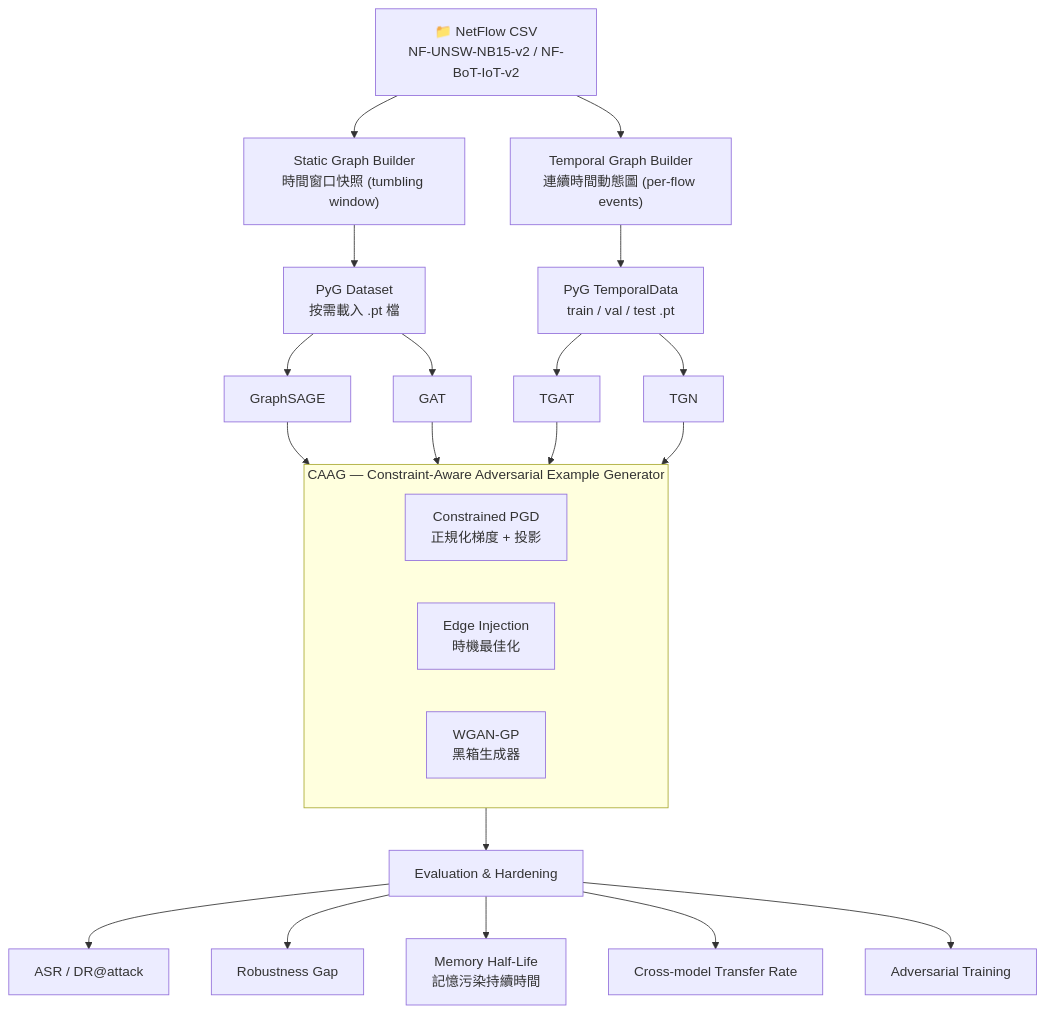
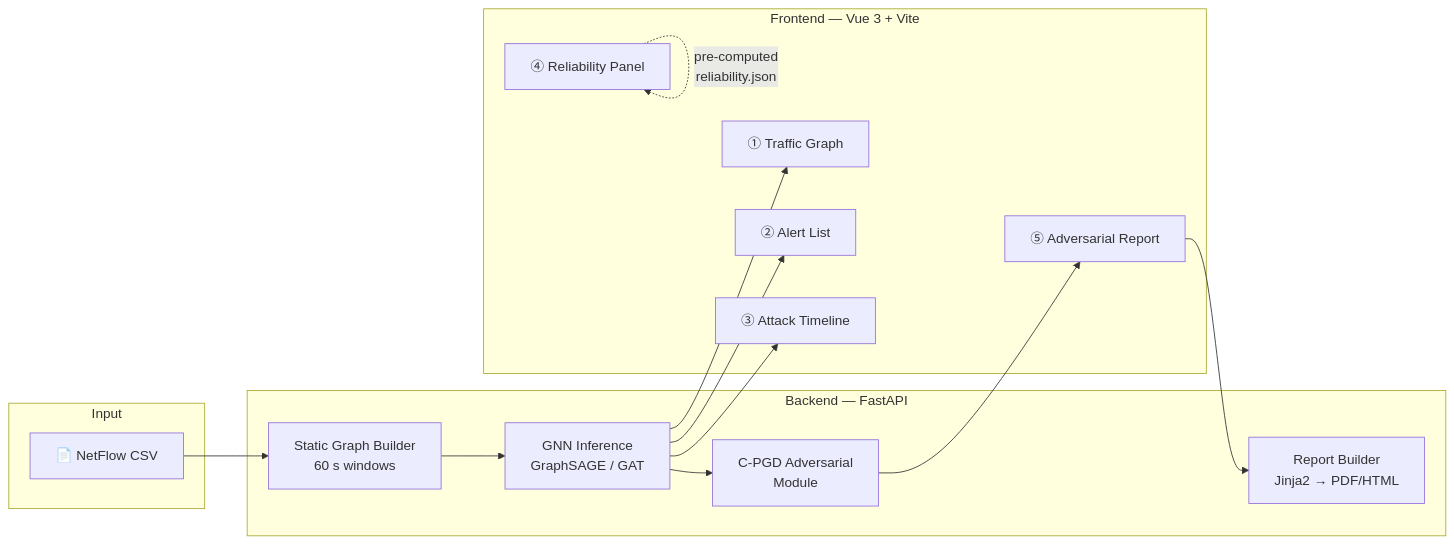
One commit to SoWiEee/GNN-TGAT-NIDS changed the diagram in docs/spec.md. Above: the diagram before and after it, drawn with Mermaid. The commit also changed other lines of this file and 1 other file, not shown here.

````diff
--- a/docs/spec.md
+++ b/docs/spec.md
@@ -72,30 +64,26 @@
 ```mermaid
-flowchart TD
-    DS["📁 NetFlow CSV\nNF-UNSW-NB15-v2 / NF-BoT-IoT-v2"]
-
-    DS --> SB["Static Graph Builder\n時間窗口快照 (tumbling window)"]
-    DS --> TB["Temporal Graph Builder\n連續時間動態圖 (per-flow events)"]
-
-    SB --> SDS["PyG Dataset\n按需載入 .pt 檔"]
-    TB --> TDS["PyG TemporalData\ntrain / val / test .pt"]
-
-    SDS --> M1["GraphSAGE"]
-    SDS --> M2["GAT"]
-    TDS --> M3["TGAT"]
-    TDS --> M4["TGN"]
-
-    M1 & M2 & M3 & M4 --> CAAG
-
-    subgraph CAAG["CAAG — Constraint-Aware Adversarial Example Generator"]
-        A1["Constrained PGD\n正規化梯度 + 投影"]
-        A2["Edge Injection\n時機最佳化"]
-        A3["WGAN-GP\n黑箱生成器"]
+flowchart LR
+    subgraph Input
+        CSV["📄 NetFlow CSV"]
     end
 
-    CAAG --> EVAL["Evaluation & Hardening"]
-    EVAL --> R1["ASR / DR@attack"]
-    EVAL --> R2["Robustness Gap"]
-    EVAL --> R3["Memory Half-Life\n記憶污染持續時間"]
-    EVAL --> R4["Cross-model Transfer Rate"]
-    EVAL --> R5["Adversarial Training"]
+    subgraph Backend["Backend — FastAPI"]
+        SB["Static Graph Builder\n60 s windows"]
+        GNN["GNN Inference\nGraphSAGE / GAT"]
+        ADV["C-PGD Adversarial\nModule"]
+        RPT["Report Builder\nJinja2 → PDF/HTML"]
+    end
+
+    subgraph Frontend["Frontend — Vue 3 + Vite"]
+        V1["① Traffic Graph"]
+        V2["② Alert List"]
+        V3["③ Attack Timeline"]
+        V4["④ Reliability Panel"]
+        V5["⑤ Adversarial Report"]
+    end
+
+    CSV --> SB --> GNN --> V1 & V2 & V3
+    GNN --> ADV --> V5
+    V5 --> RPT
+    V4 -.->|"pre-computed\nreliability.json"| V4
 ```
````
